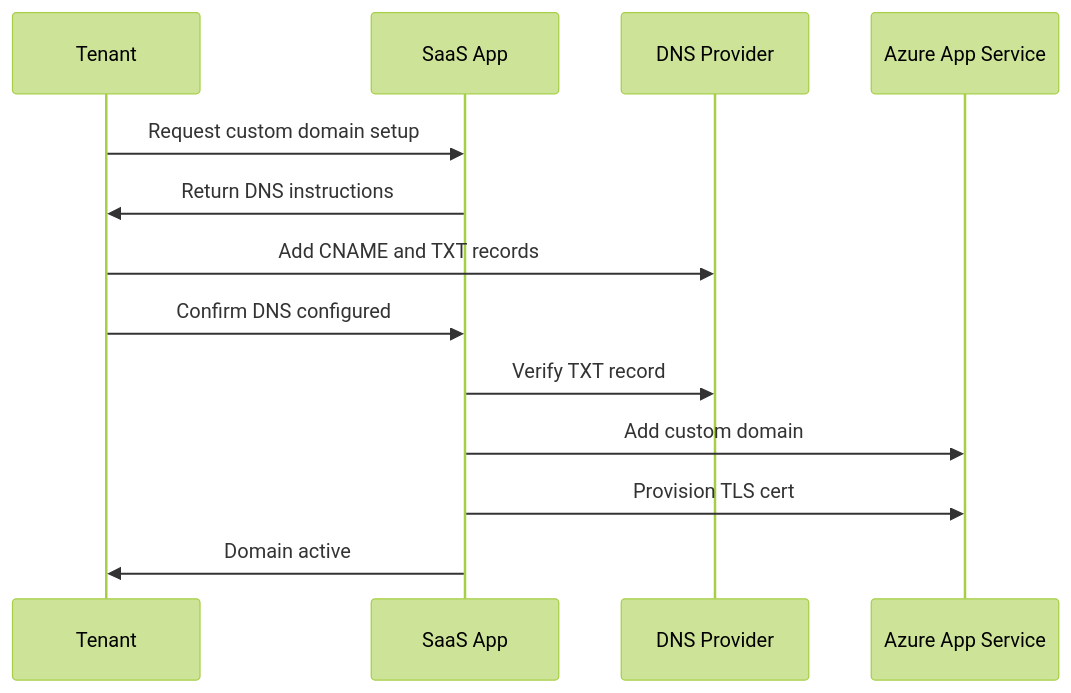
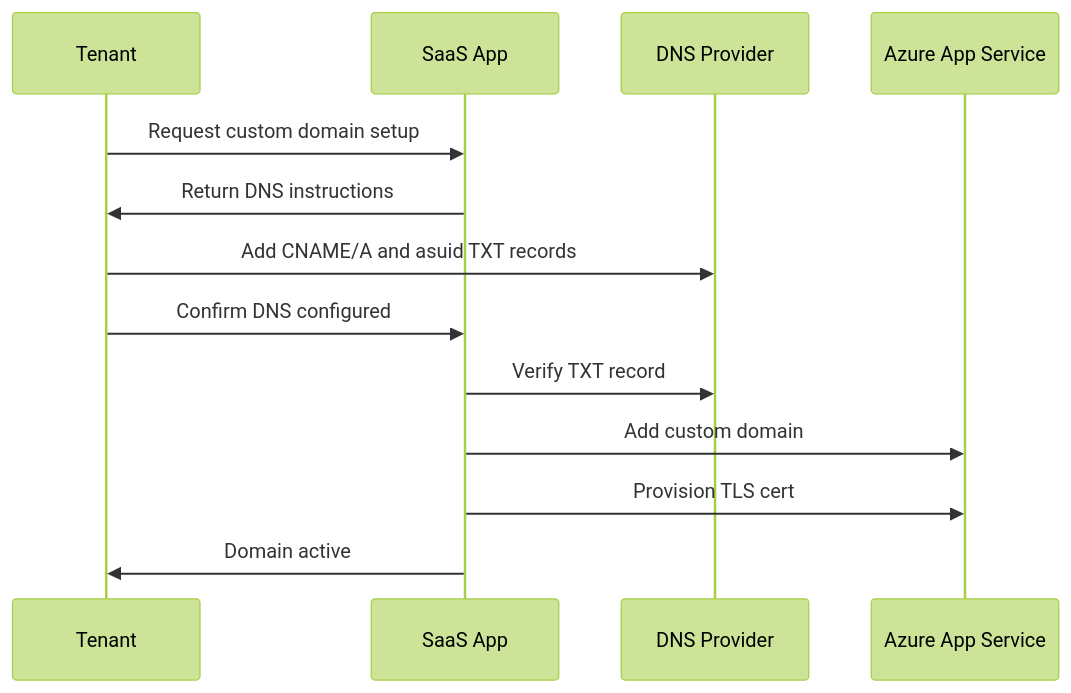
The second of 2 diagrams in posts/2026-02-16-how-to-build-a-multi-tenant-saas-application-with-azure-app-service-and-tenant-specific-custom-domains/README.md (OneUptime/blog), drawn with Mermaid (forest theme) before and after one commit. The commit also changed other lines of this file and 2 other files, not shown here.

Commit message:
validate: 2026-02-16-how-to-build-a-multi-tenant-saas-application-with-azure-app-service-and-tenant-specific-custom-domains

````diff
--- a/posts/2026-02-16-how-to-build-a-multi-tenant-saas-application-with-azure-app-service-and-tenant-specific-custom-domains/README.md
+++ b/posts/2026-02-16-how-to-build-a-multi-tenant-saas-application-with-azure-app-service-and-tenant-specific-custom-domains/README.md
@@ -258,16 +262,16 @@
 ```mermaid
 sequenceDiagram
     participant Tenant
     participant SaaS App
     participant DNS Provider
     participant Azure App Service
 
     Tenant->>SaaS App: Request custom domain setup
     SaaS App->>Tenant: Return DNS instructions
-    Tenant->>DNS Provider: Add CNAME and TXT records
+    Tenant->>DNS Provider: Add CNAME/A and asuid TXT records
     Tenant->>SaaS App: Confirm DNS configured
     SaaS App->>DNS Provider: Verify TXT record
     SaaS App->>Azure App Service: Add custom domain
     SaaS App->>Azure App Service: Provision TLS cert
     SaaS App->>Tenant: Domain active
 ```
````
